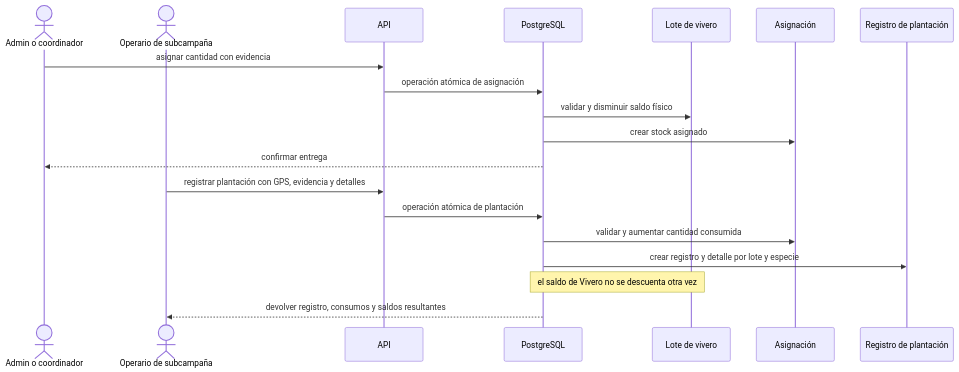
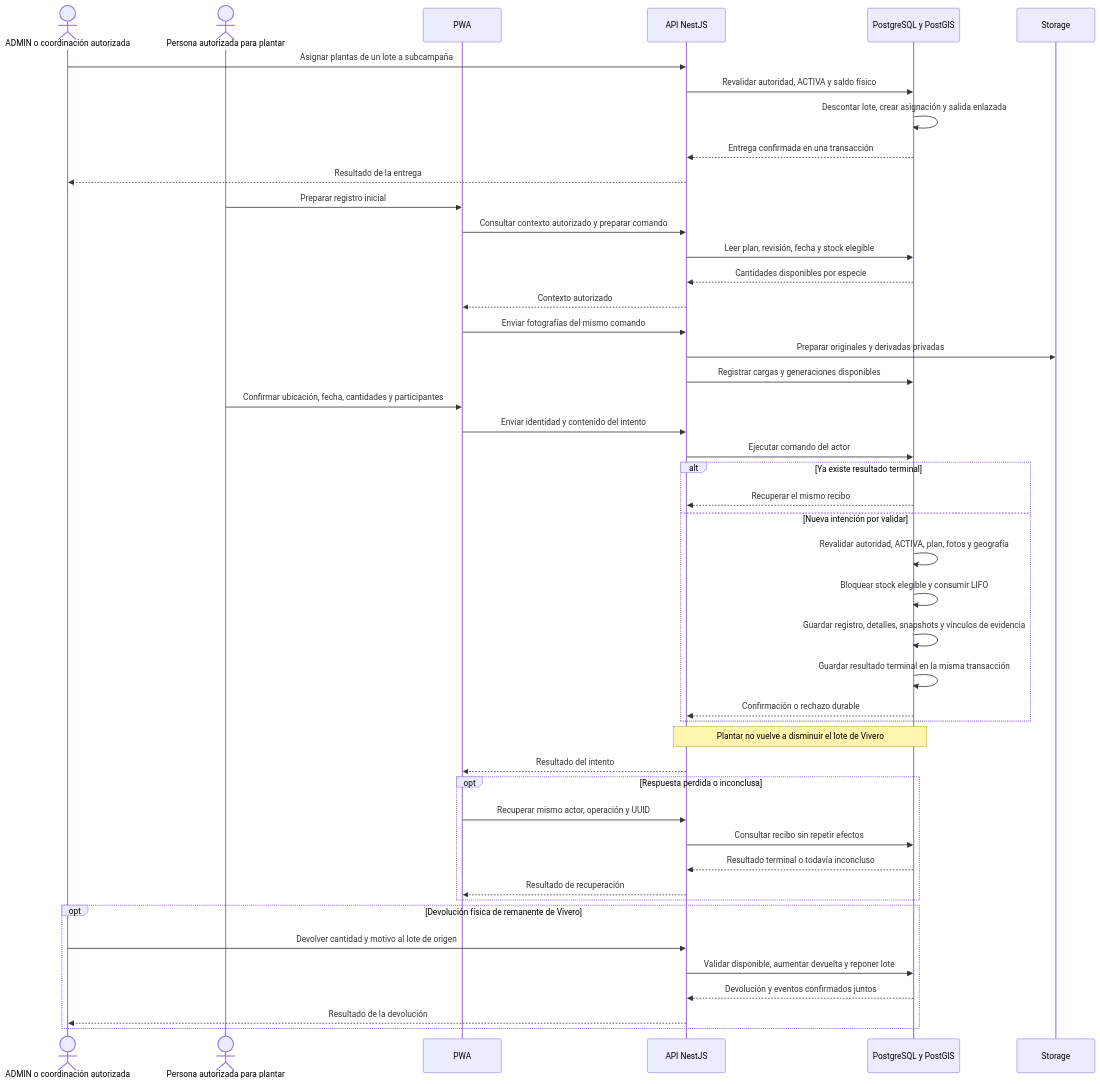
Diagram 14 of 18 in documentacion-grado/06_entregables/proyecto_grado/03_2_fase_elaboracion.md (R3foresta/r3foresta-docs), drawn with Mermaid before and after one commit. The commit also changed other lines of this file and 13 other files, not shown here.

Commit message:
docs: consolidar Elaboración RUP con diagramas actualizados

````diff
--- a/documentacion-grado/06_entregables/proyecto_grado/03_2_fase_elaboracion.md
+++ b/documentacion-grado/06_entregables/proyecto_grado/03_2_fase_elaboracion.md
@@ -514,23 +629,50 @@
 ```mermaid
 sequenceDiagram
-  actor C as Admin o coordinador
-  actor O as Operario de subcampaña
-  participant A as API
-  participant B as PostgreSQL
-  participant V as Lote de vivero
-  participant S as Asignación
-  participant P as Registro de plantación
+    actor C as ADMIN o coordinación autorizada
+    actor P as Persona autorizada para plantar
+    participant UI as PWA
+    participant API as API NestJS
+    participant DB as PostgreSQL y PostGIS
+    participant ST as Storage
 
-  C->>A: asignar cantidad con evidencia
-  A->>B: operación atómica de asignación
-  B->>V: validar y disminuir saldo físico
-  B->>S: crear stock asignado
-  B-->>C: confirmar entrega
+    C->>API: Asignar plantas de un lote a subcampaña
+    API->>DB: Revalidar autoridad, ACTIVA y saldo físico
+    DB->>DB: Descontar lote, crear asignación y salida enlazada
+    DB-->>API: Entrega confirmada en una transacción
+    API-->>C: Resultado de la entrega
 
-  O->>A: registrar plantación con GPS, evidencia y detalles
-  A->>B: operación atómica de plantación
-  B->>S: validar y aumentar cantidad consumida
-  B->>P: crear registro y detalle por lote y especie
-  Note over B,V: el saldo de Vivero no se descuenta otra vez
-  B-->>O: devolver registro, consumos y saldos resultantes
+    P->>UI: Preparar registro inicial
+    UI->>API: Consultar contexto autorizado y preparar comando
+    API->>DB: Leer plan, revisión, fecha y stock elegible
+    DB-->>API: Cantidades disponibles por especie
+    API-->>UI: Contexto autorizado
+    UI->>API: Enviar fotografías del mismo comando
+    API->>ST: Preparar originales y derivadas privadas
+    API->>DB: Registrar cargas y generaciones disponibles
+    P->>UI: Confirmar ubicación, fecha, cantidades y participantes
+    UI->>API: Enviar identidad y contenido del intento
+    API->>DB: Ejecutar comando del actor
+    alt Ya existe resultado terminal
+        DB-->>API: Recuperar el mismo recibo
+    else Nueva intención por validar
+        DB->>DB: Revalidar autoridad, ACTIVA, plan, fotos y geografía
+        DB->>DB: Bloquear stock elegible y consumir LIFO
+        DB->>DB: Guardar registro, detalles, snapshots y vínculos de evidencia
+        DB->>DB: Guardar resultado terminal en la misma transacción
+        DB-->>API: Confirmación o rechazo durable
+    end
+    Note over API,DB: Plantar no vuelve a disminuir el lote de Vivero
+    API-->>UI: Resultado del intento
+    opt Respuesta perdida o inconclusa
+        UI->>API: Recuperar mismo actor, operación y UUID
+        API->>DB: Consultar recibo sin repetir efectos
+        DB-->>API: Resultado terminal o todavía inconcluso
+        API-->>UI: Resultado de recuperación
+    end
+    opt Devolución física de remanente de Vivero
+        C->>API: Devolver cantidad y motivo al lote de origen
+        API->>DB: Validar disponible, aumentar devuelta y reponer lote
+        DB-->>API: Devolución y eventos confirmados juntos
+        API-->>C: Resultado de la devolución
+    end
 ```
````
